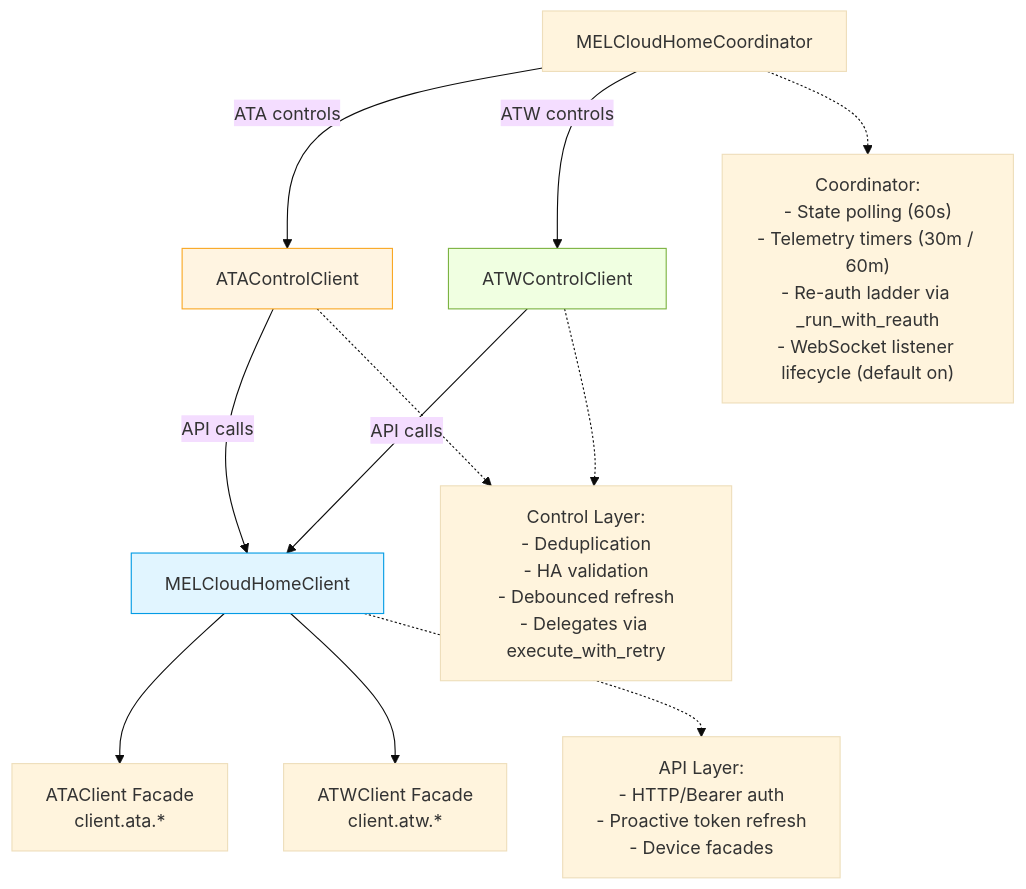
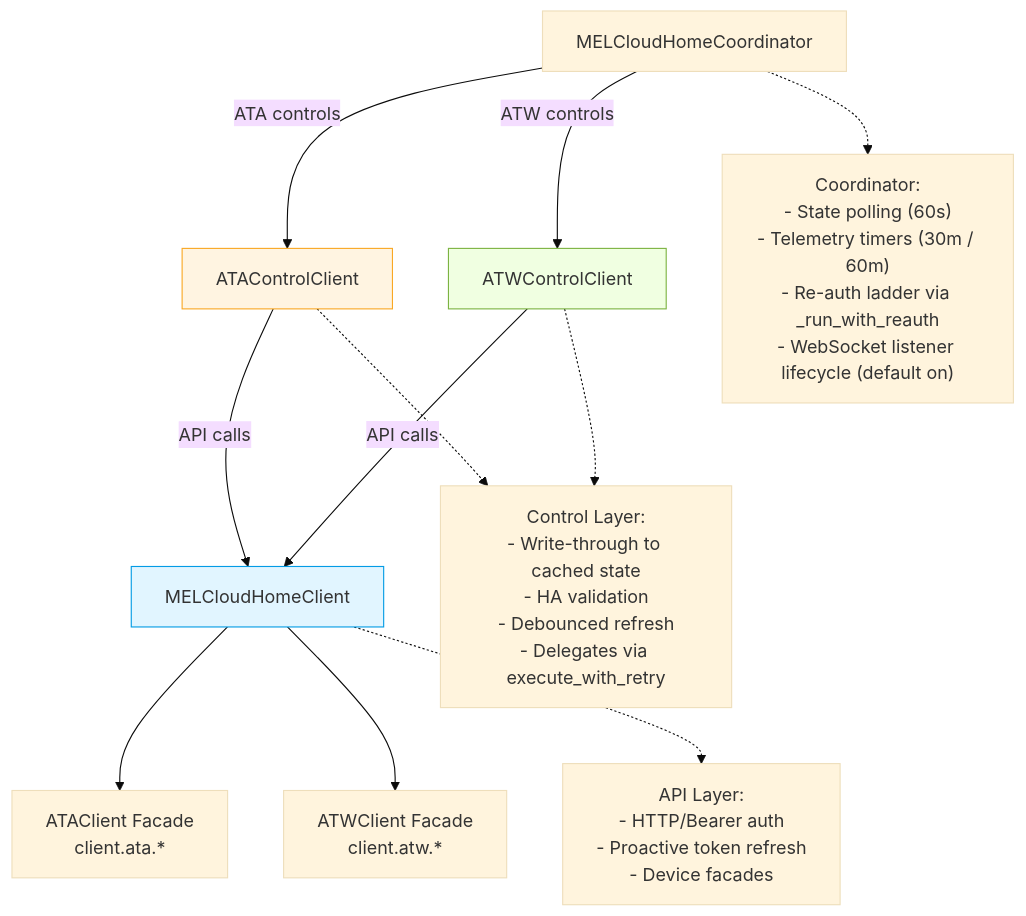
One commit to andrew-blake/melcloudhome changed the third of 6 diagrams in docs/architecture.md. Above: the diagram before and after it, drawn with Mermaid (base theme). The commit also changed other lines of this file and 6 other files, not shown here.

First line of the commit message:
docs(adr): record the removal of control-write deduplication (ADR-026)

````diff
--- a/docs/architecture.md
+++ b/docs/architecture.md
@@ -370,29 +367,29 @@
 ```mermaid
 graph TD
     Coordinator[MELCloudHomeCoordinator]
     ControlATA[ATAControlClient]
     ControlATW[ATWControlClient]
     APIClient[MELCloudHomeClient]
     ATAAPI[ATAClient Facade<br/>client.ata.*]
     ATWAPI[ATWClient Facade<br/>client.atw.*]
 
     Coordinator -->|ATA controls| ControlATA
     Coordinator -->|ATW controls| ControlATW
     ControlATA -->|API calls| APIClient
     ControlATW -->|API calls| APIClient
     APIClient --> ATAAPI
     APIClient --> ATWAPI
 
     style ControlATA fill:#fff4e1,stroke:#f9a825
     style ControlATW fill:#f0ffe1,stroke:#7cb342
     style APIClient fill:#e1f5ff,stroke:#039be5
 
     note0["Coordinator:<br/>- State polling (60s)<br/>- Telemetry timers (30m / 60m)<br/>- Re-auth ladder via _run_with_reauth<br/>- WebSocket listener lifecycle (default on)"]
-    note1["Control Layer:<br/>- Deduplication<br/>- HA validation<br/>- Debounced refresh<br/>- Delegates via execute_with_retry"]
+    note1["Control Layer:<br/>- Write-through to cached state<br/>- HA validation<br/>- Debounced refresh<br/>- Delegates via execute_with_retry"]
     note2["API Layer:<br/>- HTTP/Bearer auth<br/>- Proactive token refresh<br/>- Device facades"]
 
     Coordinator -.-> note0
     ControlATA -.-> note1
     ControlATW -.-> note1
     APIClient -.-> note2
 ```
````
